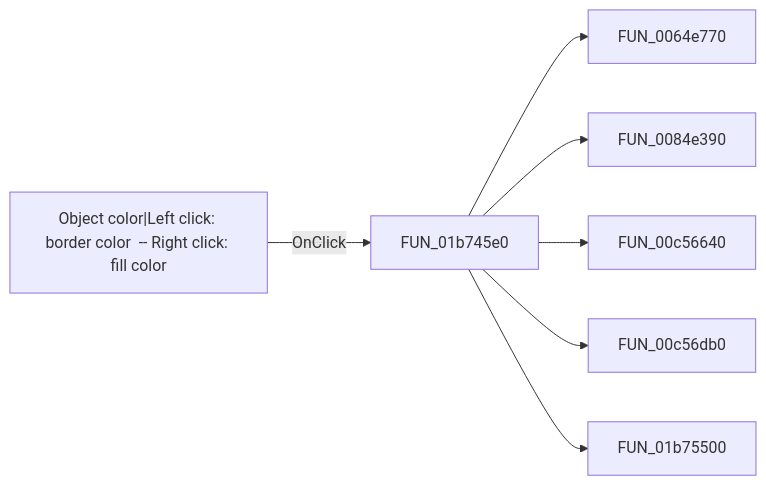
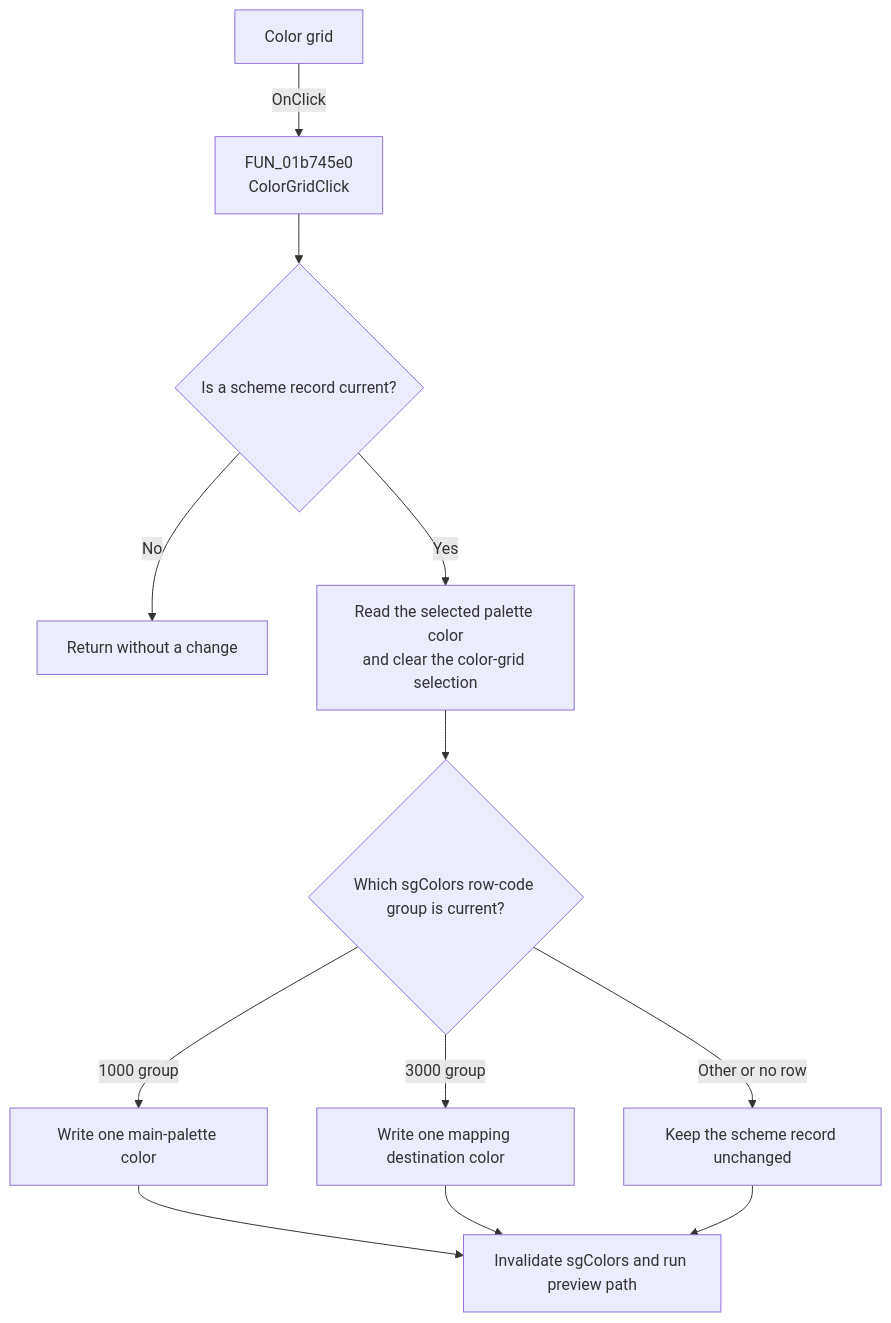
The diagram in docs/ui-controls/frmeditorschemes/colorgrid-f0991aeff9.md (MovGP0/TIARA), drawn with Mermaid before and after one commit. The commit also changed other lines of this file and 387 other files, not shown here.

````diff
--- a/docs/ui-controls/frmeditorschemes/colorgrid-f0991aeff9.md
+++ b/docs/ui-controls/frmeditorschemes/colorgrid-f0991aeff9.md
@@ -27,9 +43,14 @@
 ```mermaid
-flowchart LR
-    control["Object color|Left click: border color  -- Right click: fill color"] -->|OnClick| handler["FUN_01b745e0"]
-    handler --> call1["FUN_0064e770"]
-    handler --> call2["FUN_0084e390"]
-    handler --> call3["FUN_00c56640"]
-    handler --> call4["FUN_00c56db0"]
-    handler --> call5["FUN_01b75500"]
+flowchart TD
+    control["Color grid"] -->|OnClick| handler["FUN_01b745e0<br/>ColorGridClick"]
+    handler --> current{"Is a scheme record current?"}
+    current -->|No| noOp["Return without a change"]
+    current -->|Yes| color["Read the selected palette color<br/>and clear the color-grid selection"]
+    color --> row{"Which sgColors row-code group is current?"}
+    row -->|1000 group| main["Write one main-palette color"]
+    row -->|3000 group| mapped["Write one mapping destination color"]
+    row -->|Other or no row| unchanged["Keep the scheme record unchanged"]
+    main --> refresh["Invalidate sgColors and run preview path"]
+    mapped --> refresh
+    unchanged --> refresh
 ```
````
